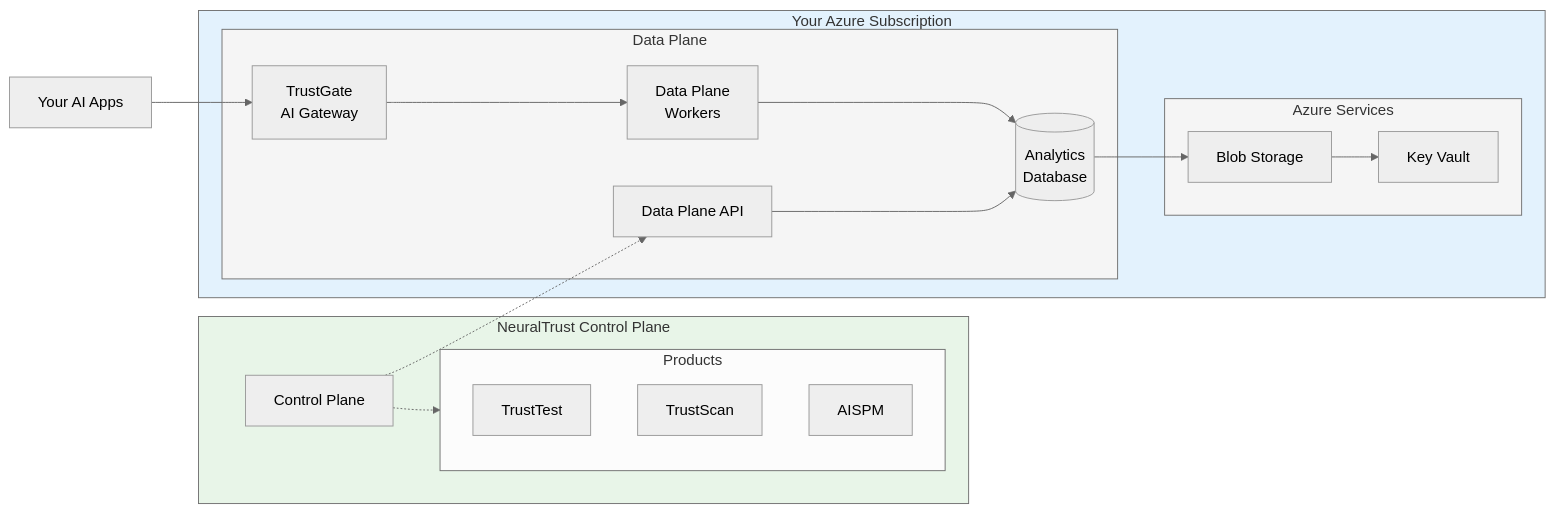
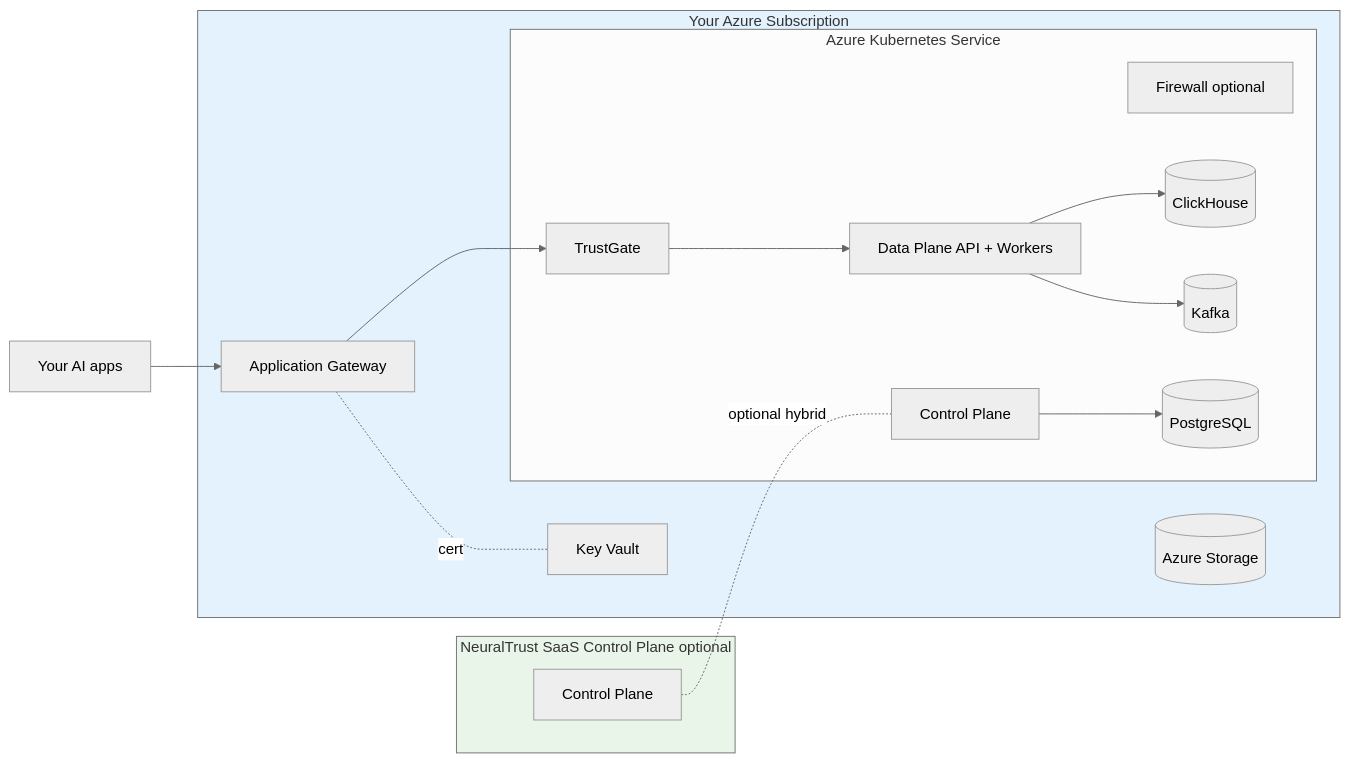
One commit to NeuralTrust/docs changed the diagram in neuraltrust/deployment/azure.mdx. Above: the diagram before and after it, drawn with Mermaid (neutral theme). The commit also changed other lines of this file and 10 other files, not shown here.

````diff
--- a/neuraltrust/deployment/azure.mdx
+++ b/neuraltrust/deployment/azure.mdx
@@ -13,39 +12,33 @@
 ```mermaid
 flowchart LR
-    subgraph NT[NeuralTrust Control Plane]
-        Portal[Control Plane] 
-        subgraph Products[Products]
-            TrustTest[TrustTest]
-            TrustScan[TrustScan]
-            AISPM[AISPM]
+    subgraph NT[NeuralTrust SaaS Control Plane optional]
+        Portal[Control Plane]
+    end
+
+    subgraph AZ[Your Azure Subscription]
+        subgraph AKS[Azure Kubernetes Service]
+            TG[TrustGate]
+            CP[Control Plane]
+            DP[Data Plane API + Workers]
+            FW[Firewall optional]
+            CH[(ClickHouse)]
+            KAF[(Kafka)]
+            PG[(PostgreSQL)]
         end
+        AGW[Application Gateway]
+        KV[Key Vault]
+        ADLS[(Azure Storage)]
     end
-    subgraph Customer[Your Azure Subscription]
-        subgraph DataPlane[Data Plane]
-            TG[TrustGate<br/>AI Gateway]
-            Workers[Data Plane<br/>Workers]
-            DB[(Analytics<br/>Database)]
-            DataPlaneApi[Data Plane API]
-        end
-        
-        subgraph Storage[Azure Services]
-            Blob[Blob Storage]
-            Vault[Key Vault]
-        end
-    end
-    
-    AI[Your AI Apps] --> TG
-    TG --> Workers
-    Workers --> DB
-    DataPlaneApi --> DB
-    DB --> Blob
-    Blob --> Vault
-    
-    Portal -.-> DataPlaneApi
-    Portal -.-> Products
-    
-    style Customer fill:#e3f2fd
+
+    Apps[Your AI apps] --> AGW --> TG
+    TG --> DP
+    DP --> CH
+    DP --> KAF
+    CP --> PG
+    AGW -. cert .- KV
+
+    Portal -. optional hybrid .- CP
+
+    style AZ fill:#e3f2fd
     style NT fill:#e8f5e8
-    style DataPlane fill:#f5f5f5
-    style Storage fill:#f5f5f5
 ```
````
